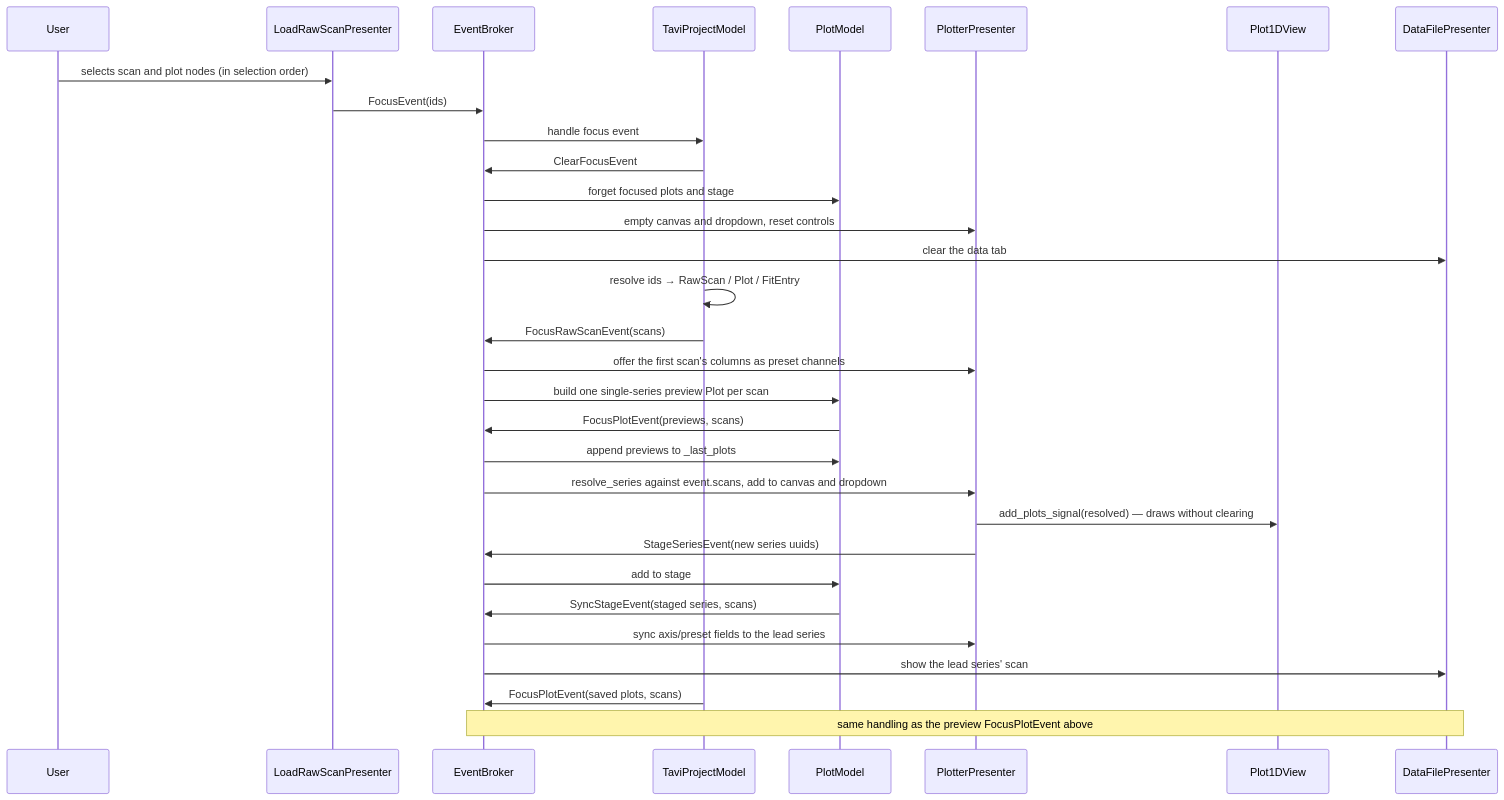
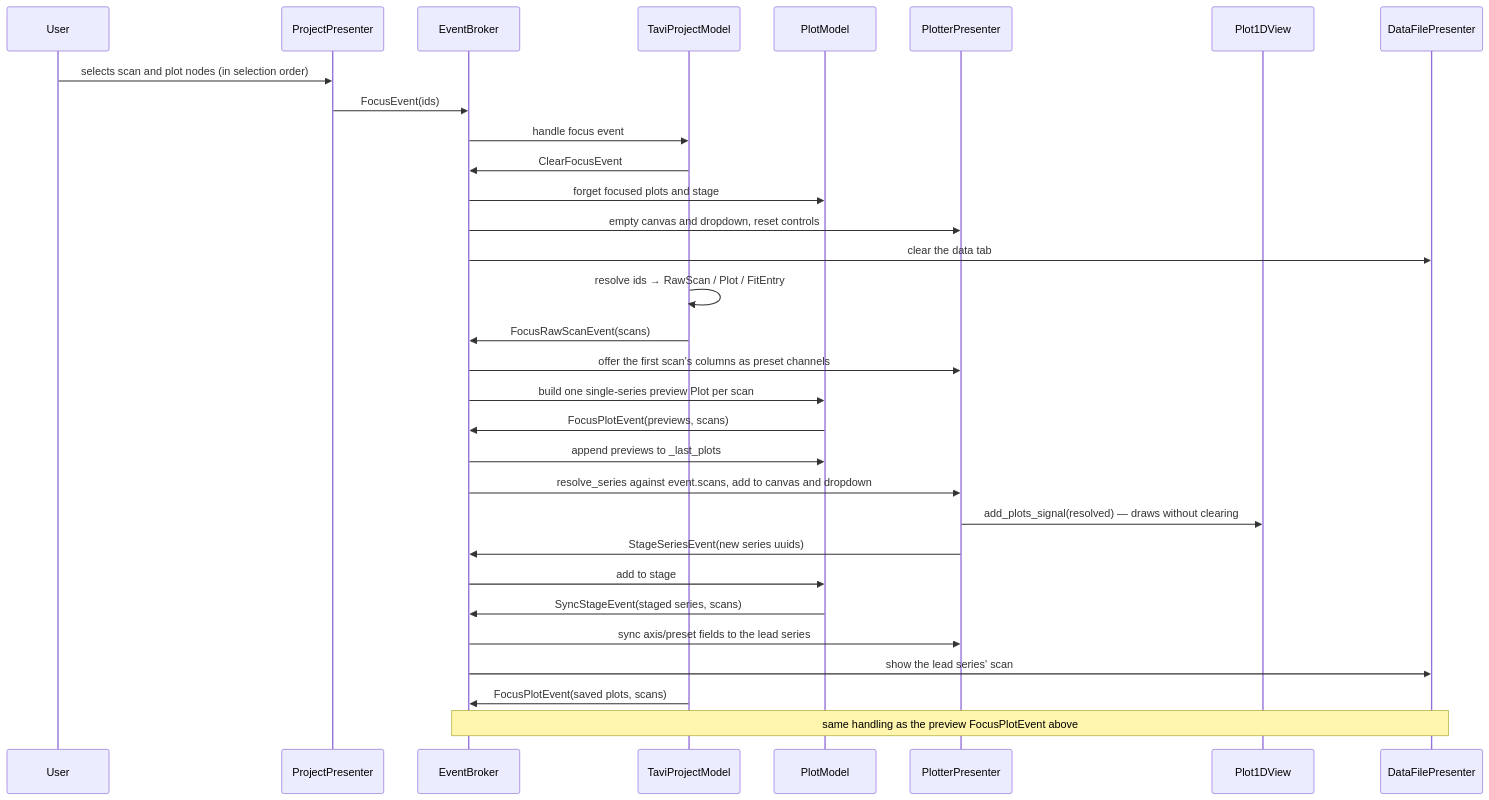
Before and after one commit to neutrons/TAVI: the first of 4 diagrams in docs/source/design/frontend/visualization_flow.rst, drawn with Mermaid. The commit also changed other lines of this file and 33 other files, not shown here.

```diff
--- a/docs/source/design/frontend/visualization_flow.rst
+++ b/docs/source/design/frontend/visualization_flow.rst
@@ -92,37 +92,37 @@
 .. mermaid::
 
     sequenceDiagram
         participant User
-        participant LoadRawScanPresenter
+        participant ProjectPresenter
         participant EventBroker
         participant TaviProjectModel
         participant PlotModel
         participant PlotterPresenter
         participant Plot1DView
         participant DataFilePresenter
 
-        User ->> LoadRawScanPresenter: selects scan and plot nodes (in selection order)
-        LoadRawScanPresenter ->> EventBroker: FocusEvent(ids)
+        User ->> ProjectPresenter: selects scan and plot nodes (in selection order)
+        ProjectPresenter ->> EventBroker: FocusEvent(ids)
 
         EventBroker ->> TaviProjectModel: handle focus event
         TaviProjectModel ->> EventBroker: ClearFocusEvent
         EventBroker ->> PlotModel: forget focused plots and stage
         EventBroker ->> PlotterPresenter: empty canvas and dropdown, reset controls
         EventBroker ->> DataFilePresenter: clear the data tab
 
         TaviProjectModel ->> TaviProjectModel: resolve ids → RawScan / Plot / FitEntry
         TaviProjectModel ->> EventBroker: FocusRawScanEvent(scans)
         EventBroker ->> PlotterPresenter: offer the first scan's columns as preset channels
         EventBroker ->> PlotModel: build one single-series preview Plot per scan
         PlotModel ->> EventBroker: FocusPlotEvent(previews, scans)
         EventBroker ->> PlotModel: append previews to _last_plots
         EventBroker ->> PlotterPresenter: resolve_series against event.scans, add to canvas and dropdown
         PlotterPresenter ->> Plot1DView: add_plots_signal(resolved) — draws without clearing
         PlotterPresenter ->> EventBroker: StageSeriesEvent(new series uuids)
         EventBroker ->> PlotModel: add to stage
         PlotModel ->> EventBroker: SyncStageEvent(staged series, scans)
         EventBroker ->> PlotterPresenter: sync axis/preset fields to the lead series
         EventBroker ->> DataFilePresenter: show the lead series' scan
 
         TaviProjectModel ->> EventBroker: FocusPlotEvent(saved plots, scans)
         Note over EventBroker,DataFilePresenter: same handling as the preview FocusPlotEvent above
```
